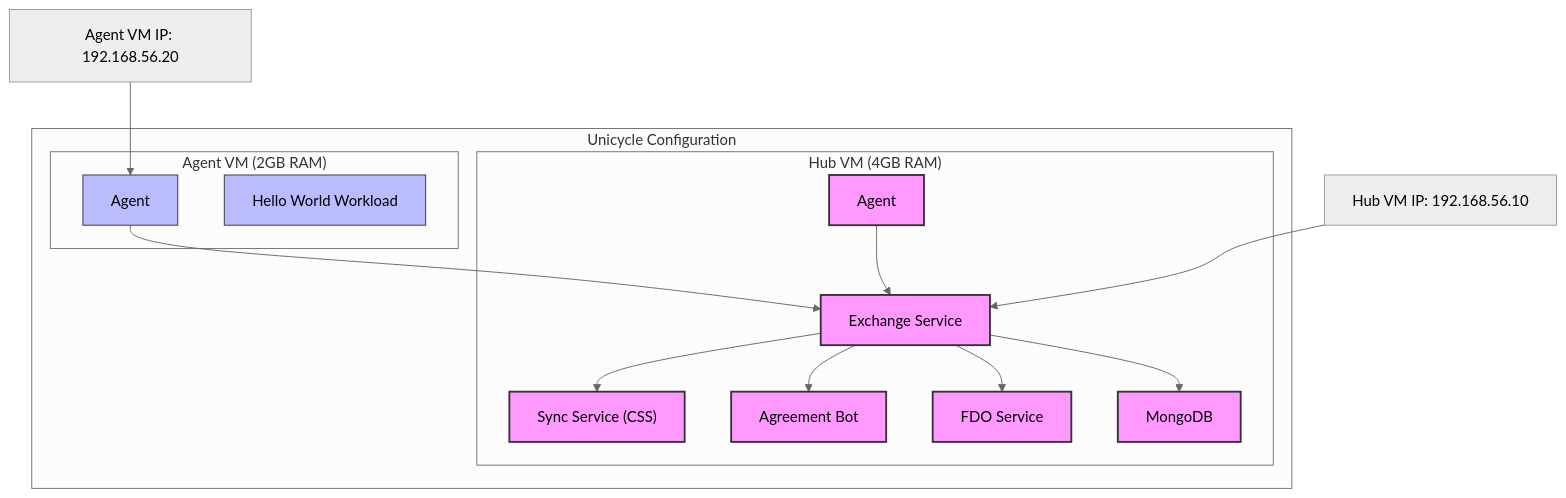
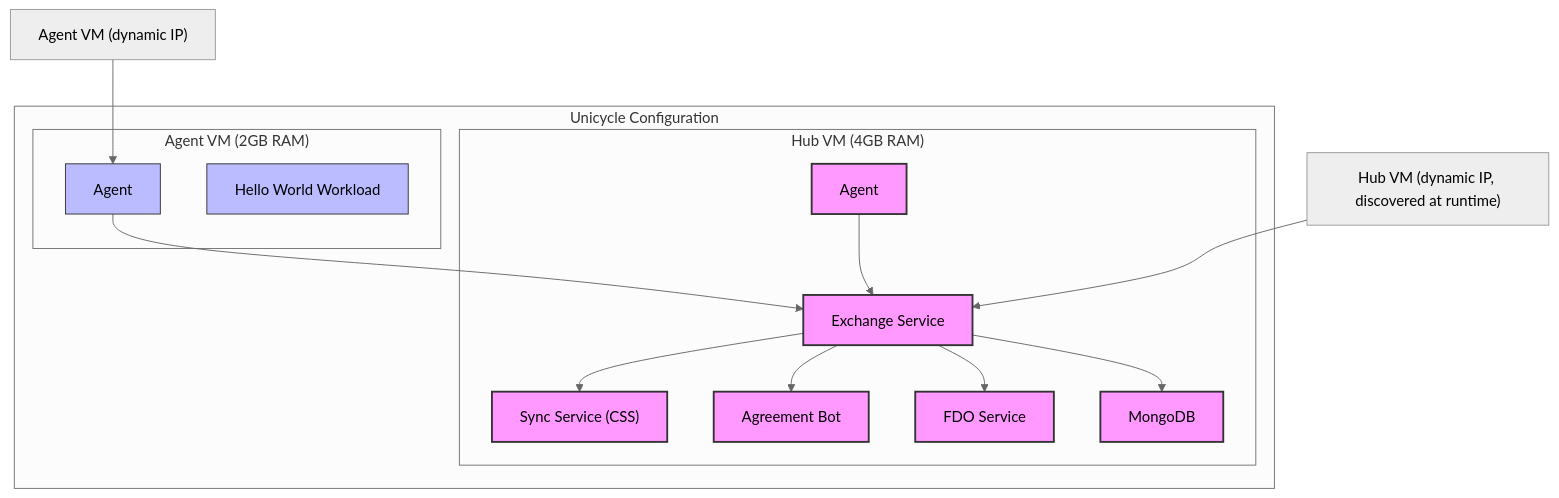
Before and after one commit to open-horizon-services/demo-in-a-box: the first of 5 diagrams in README.md, drawn with Mermaid (neutral theme). The commit also changed other lines of this file and 19 other files, not shown here.

````diff
--- a/README.md
+++ b/README.md
@@ -33,36 +33,36 @@
 ```mermaid
 graph TD
     subgraph "Unicycle Configuration"
     
     subgraph "Hub VM (4GB RAM)"
     Exchange["Exchange Service"]
     CSS["Sync Service (CSS)"]
     AgBot["Agreement Bot"]
     FDO["FDO Service"]
     MongoDB["MongoDB"]
     HubAgent["Agent"]
     end
     
     subgraph "Agent VM (2GB RAM)"
     Agent1["Agent"]
     HelloWorld1["Hello World Workload"]
     end
     
     Exchange --> CSS
     Exchange --> AgBot
     Exchange --> FDO
     Exchange --> MongoDB
     
     Agent1 --> Exchange
     HubAgent --> Exchange
     
     classDef hub fill:#f9f,stroke:#333,stroke-width:2px
     classDef agent fill:#bbf,stroke:#333,stroke-width:1px
     class Exchange,CSS,AgBot,FDO,MongoDB,HubAgent hub
     class Agent1,HelloWorld1 agent
     
     end
     
-    IP1["Hub VM IP: 192.168.56.10"] --> Exchange
-    IP2["Agent VM IP: 192.168.56.20"] --> Agent1
+    IP1["Hub VM (dynamic IP, discovered at runtime)"] --> Exchange
+    IP2["Agent VM (dynamic IP)"] --> Agent1
 ```
````
